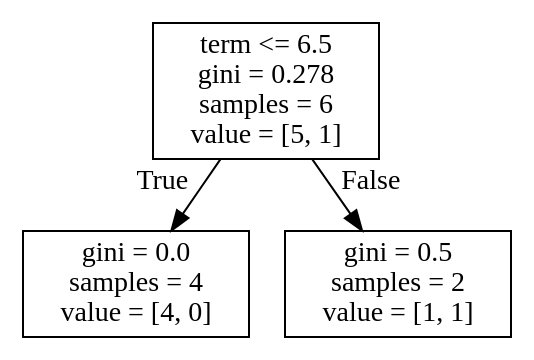
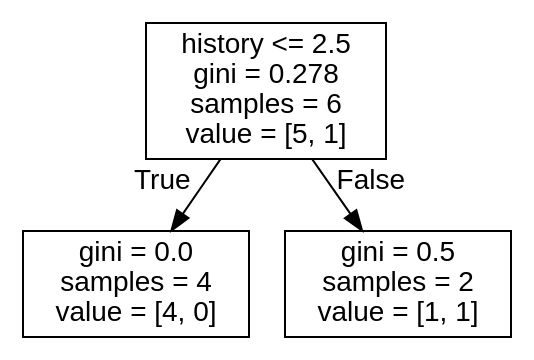
Before and after one commit to Oleg-Storozhev/HillelAI: the diagram in Lesson_9/tree.dot, drawn with Graphviz. The commit also changed 6 other files, not shown here.

```diff
--- a/Lesson_9/tree.dot
+++ b/Lesson_9/tree.dot
@@ -1,8 +1,9 @@
 digraph Tree {
-node [shape=box] ;
-0 [label="term <= 6.5\ngini = 0.278\nsamples = 6\nvalue = [5, 1]"] ;
+node [shape=box, fontname="helvetica"] ;
+edge [fontname="helvetica"] ;
+0 [label="history <= 2.5\ngini = 0.278\nsamples = 6\nvalue = [5, 1]"] ;
 1 [label="gini = 0.0\nsamples = 4\nvalue = [4, 0]"] ;
 0 -> 1 [labeldistance=2.5, labelangle=45, headlabel="True"] ;
 2 [label="gini = 0.5\nsamples = 2\nvalue = [1, 1]"] ;
 0 -> 2 [labeldistance=2.5, labelangle=-45, headlabel="False"] ;
 }
```
